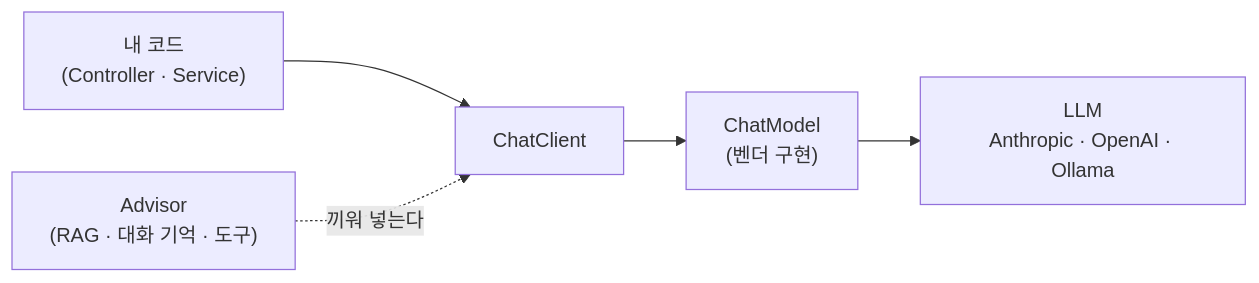
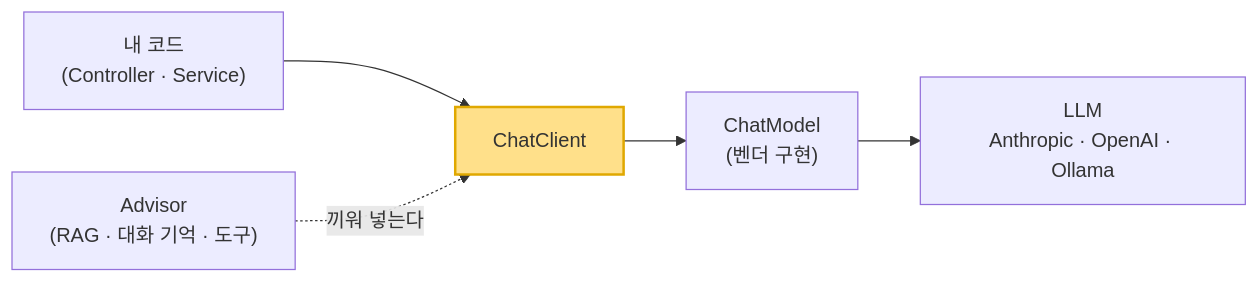
One commit to devjune/spring-ai-study changed the first of 4 diagrams in spring-ai-study.md. Above: the diagram before and after it, drawn with Mermaid. The commit also changed other lines of this file, not shown here.

Commit message:
docs: 다이어그램에서 핵심 노드(ChatClient·Advisor·MCP 프로토콜) 색상 강조

````diff
--- a/spring-ai-study.md
+++ b/spring-ai-study.md
@@ -44,7 +45,8 @@
 ```mermaid
 graph LR
     App["내 코드<br/>(Controller · Service)"] --> CC["ChatClient"]
     CC --> CM["ChatModel<br/>(벤더 구현)"]
     CM --> LLM["LLM<br/>Anthropic · OpenAI · Ollama"]
     Adv["Advisor<br/>(RAG · 대화 기억 · 도구)"] -. 끼워 넣는다 .-> CC
+    style CC fill:#ffe08a,stroke:#e0a800,stroke-width:2px
 ```
````
